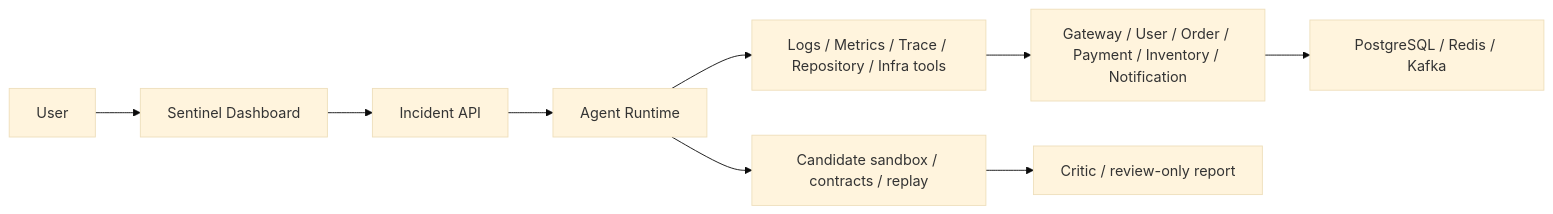
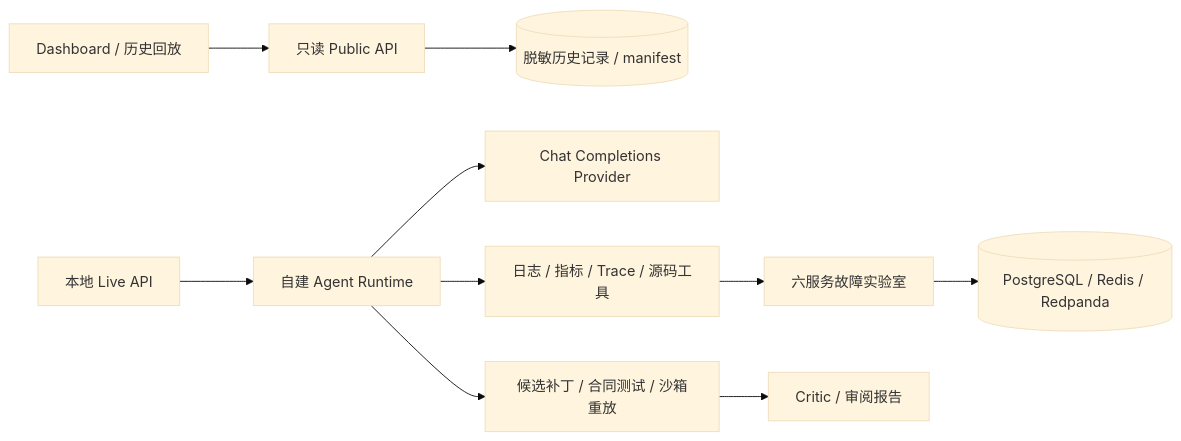
The diagram in README.md (tangwencan666/Project-Sentinel), drawn with Mermaid (base theme) before and after one commit. The commit also changed other lines of this file and 68 other files, not shown here.

````diff
--- a/README.md
+++ b/README.md
@@ -42,11 +42,12 @@
 ```mermaid
 flowchart LR
-    U[User] --> D[Sentinel Dashboard]
-    D --> API[Incident API]
-    API --> A[Agent Runtime]
-    A --> T[Logs / Metrics / Trace / Repository / Infra tools]
-    T --> SYS[Gateway / User / Order / Payment / Inventory / Notification]
-    SYS --> INF[PostgreSQL / Redis / Kafka]
-    A --> P[Candidate sandbox / contracts / replay]
-    P --> C[Critic / review-only report]
+  UI["Dashboard / 历史回放"] --> PUBLIC["只读 Public API"]
+  PUBLIC --> FILES[("脱敏历史记录 / manifest")]
+  LIVE["本地 Live API"] --> RUNTIME["自建 Agent Runtime"]
+  RUNTIME --> MODEL["Chat Completions Provider"]
+  RUNTIME --> TOOLS["日志 / 指标 / Trace / 源码工具"]
+  TOOLS --> LAB["六服务故障实验室"]
+  LAB --> DEPS[("PostgreSQL / Redis / Redpanda")]
+  RUNTIME --> PATCH["候选补丁 / 合同测试 / 沙箱重放"]
+  PATCH --> CRITIC["Critic / 审阅报告"]
 ```
````
